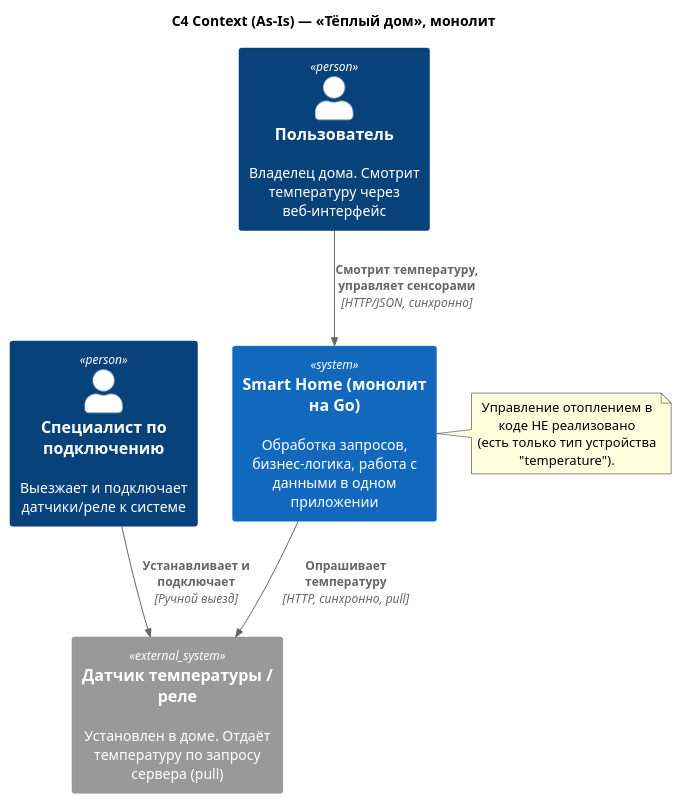
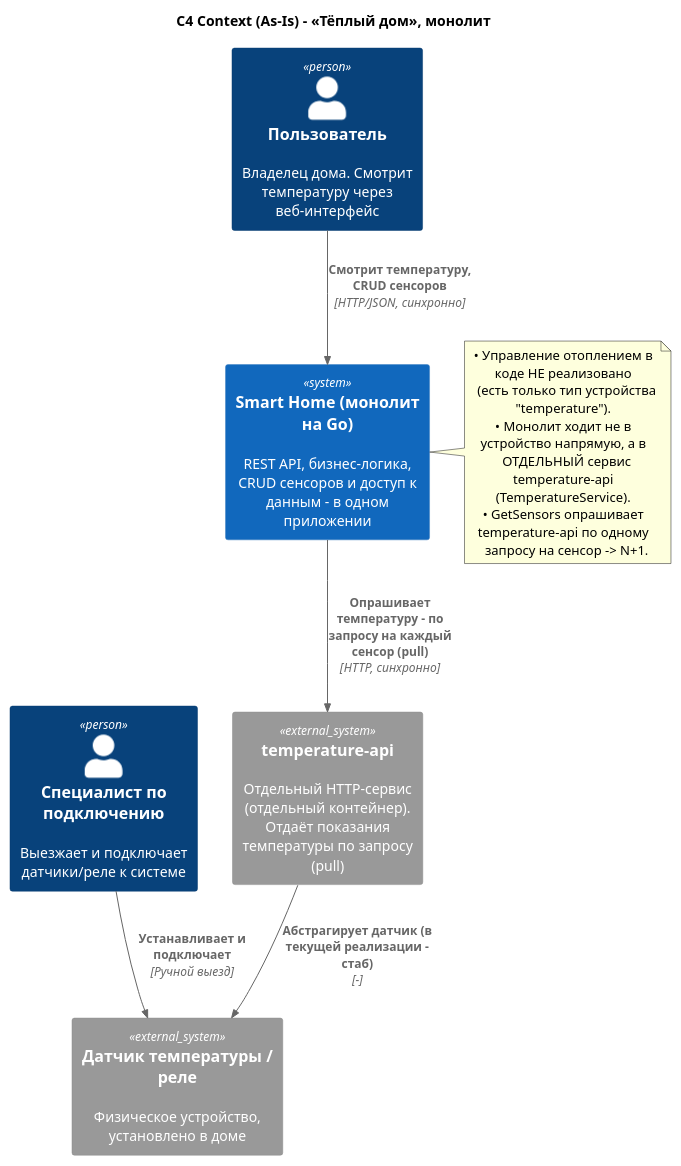
Before and after one commit to Antoo1/arch_1_microservices: the diagram in docs/c4/context_as_is.puml, drawn with PlantUML. The commit also changed 11 other files, not shown here.

```diff
--- a/docs/c4/context_as_is.puml
+++ b/docs/c4/context_as_is.puml
@@ -1,22 +1,28 @@
 @startuml context_as_is
 !include https://raw.githubusercontent.com/plantuml-stdlib/C4-PlantUML/master/C4_Context.puml
 
-title C4 Context (As-Is) — «Тёплый дом», монолит
+title C4 Context (As-Is) - «Тёплый дом», монолит
 
 Person(user, "Пользователь", "Владелец дома. Смотрит температуру через веб-интерфейс")
 Person(specialist, "Специалист по подключению", "Выезжает и подключает датчики/реле к системе")
 
-System(monolith, "Smart Home (монолит на Go)", "Обработка запросов, бизнес-логика, работа с данными в одном приложении")
+System(monolith, "Smart Home (монолит на Go)", "REST API, бизнес-логика, CRUD сенсоров и доступ к данным - в одном приложении")
 
-System_Ext(sensor, "Датчик температуры / реле", "Установлен в доме. Отдаёт температуру по запросу сервера (pull)")
+System_Ext(tempapi, "temperature-api", "Отдельный HTTP-сервис (отдельный контейнер). Отдаёт показания температуры по запросу (pull)")
+System_Ext(sensor, "Датчик температуры / реле", "Физическое устройство, установлено в доме")
 
-Rel(user, monolith, "Смотрит температуру, управляет сенсорами", "HTTP/JSON, синхронно")
+Rel(user, monolith, "Смотрит температуру, CRUD сенсоров", "HTTP/JSON, синхронно")
 Rel(specialist, sensor, "Устанавливает и подключает", "Ручной выезд")
-Rel(monolith, sensor, "Опрашивает температуру", "HTTP, синхронно, pull")
+Rel(monolith, tempapi, "Опрашивает температуру - по запросу на каждый сенсор (pull)", "HTTP, синхронно")
+Rel(tempapi, sensor, "Абстрагирует датчик (в текущей реализации - стаб)", "-")
 
 note right of monolith
-  Управление отоплением в коде НЕ реализовано
-  (есть только тип устройства "temperature").
+  • Управление отоплением в коде НЕ реализовано
+    (есть только тип устройства "temperature").
+  • Монолит ходит не в устройство напрямую, а в
+    ОТДЕЛЬНЫЙ сервис temperature-api (TemperatureService).
+  • GetSensors опрашивает temperature-api по одному
+    запросу на сенсор -> N+1.
 end note
 
 @enduml
```
